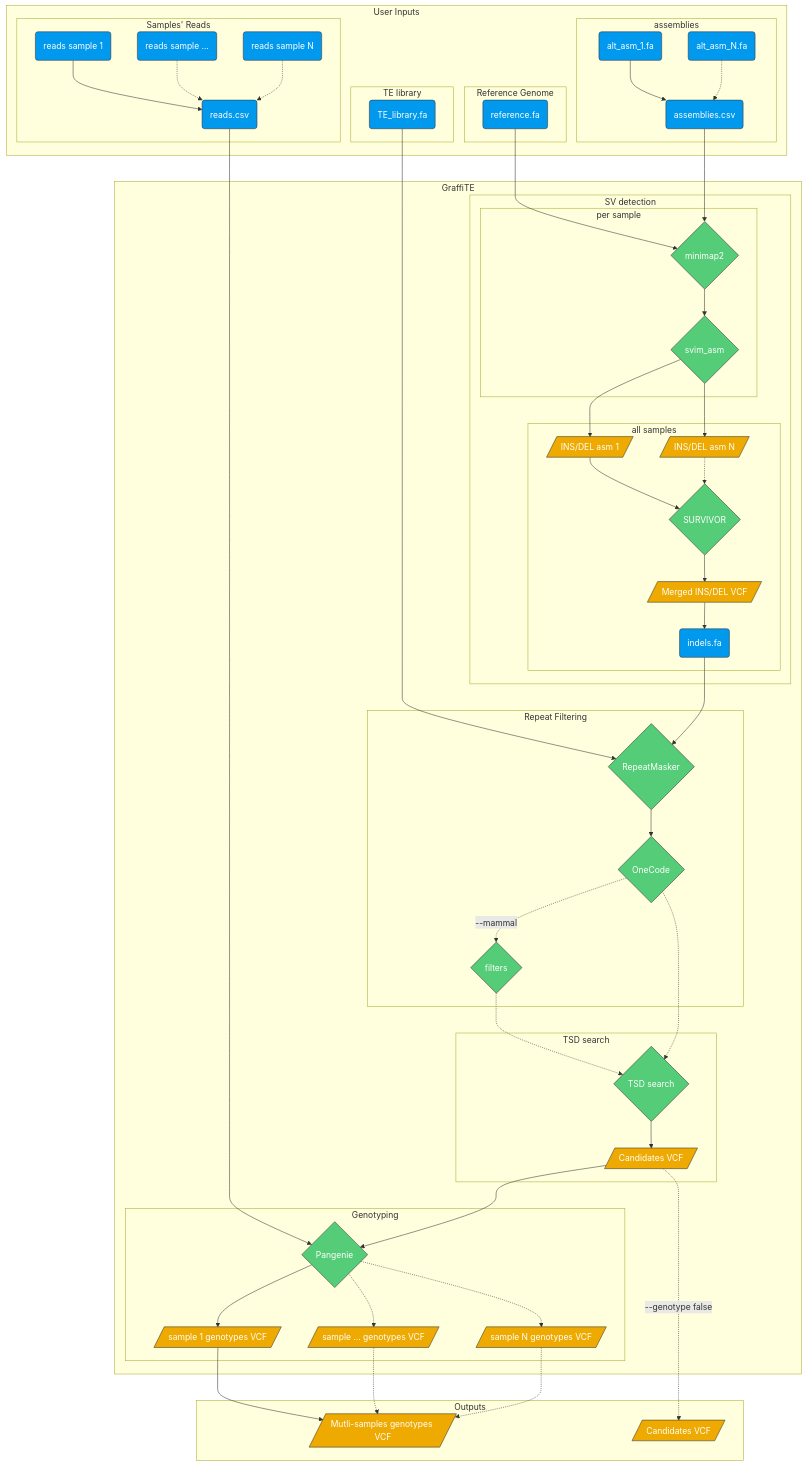
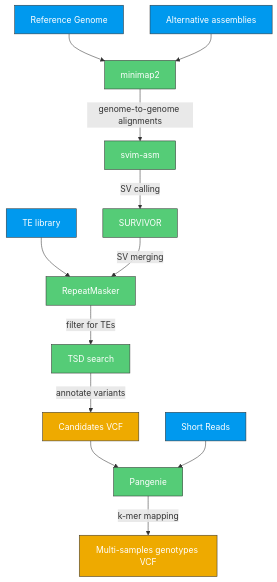
Before and after one commit to cgroza/GraffiTE: the diagram in README_.md, drawn with Mermaid. The commit also changed other lines of this file and 1 other file, not shown here.

````diff
--- a/README_.md
+++ b/README_.md
@@ -8,75 +19,17 @@
 ```mermaid
 graph TD;
-    I1 --> P1;
-    I2 --> P1;
-    P1 --> P2;
-    P2 --> F1.1;
-    P2 --> F1.2
-    F1 --> F2;
-    F2 --> P3;
-    I3 --> P3;
-    P3 --> P4;
-    P4 -."--mammal".->P5;
-    P5 -.-> P6;
-    P4 -.-> P6;
-    P6 --> F3;
-    F3 --> P7;
-    I4 --> P7;
-    subgraph User Inputs;
-        subgraph Reference Genome
-            I1(reference.fa):::data;
-        end
-        subgraph assemblies;
-            I2(assemblies.csv):::data;
-            A1(alt_asm_1.fa):::data-->I2
-            A2(alt_asm_N.fa):::data-.->I2
-        end
-        subgraph TE library;
-            I3(TE_library.fa):::data;
-        end
-        subgraph Samples' Reads;
-            I4(reads.csv):::data;
-            R1(reads sample 1):::data-->I4
-            R2(reads sample ...):::data-.->I4
-            R3(reads sample N):::data-.->I4
-        end
-    end
-    subgraph GraffiTE;
-     subgraph SV detection;
-        subgraph per sample;
-        P1{minimap2}:::script;
-        P2{svim_asm}:::script;
-        end
-        subgraph all samples;
-        F1.1[/INS/DEL asm 1/]:::VCF-->P2.2
-        F1.2[/INS/DEL asm N/]:::VCF-.->P2.2
-        P2.2{SURVIVOR}:::script
-        F2(indels.fa):::data;
-        P2.2-->F1[/Merged INS/DEL VCF/]:::VCF;
-        end
-     end
-        subgraph Repeat Filtering;
-        P3{RepeatMasker}:::script;
-        P4{OneCode}:::script;
-        P5{filters}:::script;
-        end
-        subgraph TSD search;
-        P6{TSD search}:::script
-        F3[/Candidates VCF/]:::VCF
-        end
-        subgraph Genotyping
-        P7{Pangenie}:::script-->O1.1[/sample 1 genotypes VCF/]:::VCF        
-        P7{Pangenie}:::script-.->O1.2[/sample ... genotypes VCF/]:::VCF
-        P7{Pangenie}:::script-.->O1.3[/sample N genotypes VCF/]:::VCF
-        end
-    end
-    subgraph Outputs;
-    O1.1-->O1[/Mutli-samples genotypes VCF/]:::VCF
-    O1.2-.->O1[/Mutli-samples genotypes VCF/]:::VCF
-    O1.3-.->O1[/Mutli-samples genotypes VCF/]:::VCF
-    F3-."--genotype false".->F3.1[/Candidates VCF/]:::VCF
-    end
+I1[Reference Genome]:::data-->S1[minimap2]:::script
+I2[Alternative assemblies]:::data-->S1
+S1--genome-to-genome alignments-->S2[svim-asm]:::script
+S2--SV calling-->S3[SURVIVOR]:::script
+I5[TE library]:::data-->S4
+S3--SV merging-->S4[RepeatMasker]:::script
+S4--filter for TEs-->S5[TSD search]:::script
+S5--annotate variants-->V1[Candidates VCF]:::VCF
+V1-->S6[Pangenie]:::script
+S6--k-mer mapping-->I4[Multi-samples genotypes VCF]:::VCF
+I3[Short Reads]:::data-->S6
 classDef data fill:#09E,stroke:#333,color:#FFF;
 classDef script fill:#5C7,stroke:#333,stroke-width:1px,color:#FFF;
 classDef VCF fill:#EA0,stroke:#333,stroke-width:1px,color:#FFF
 ```
````
